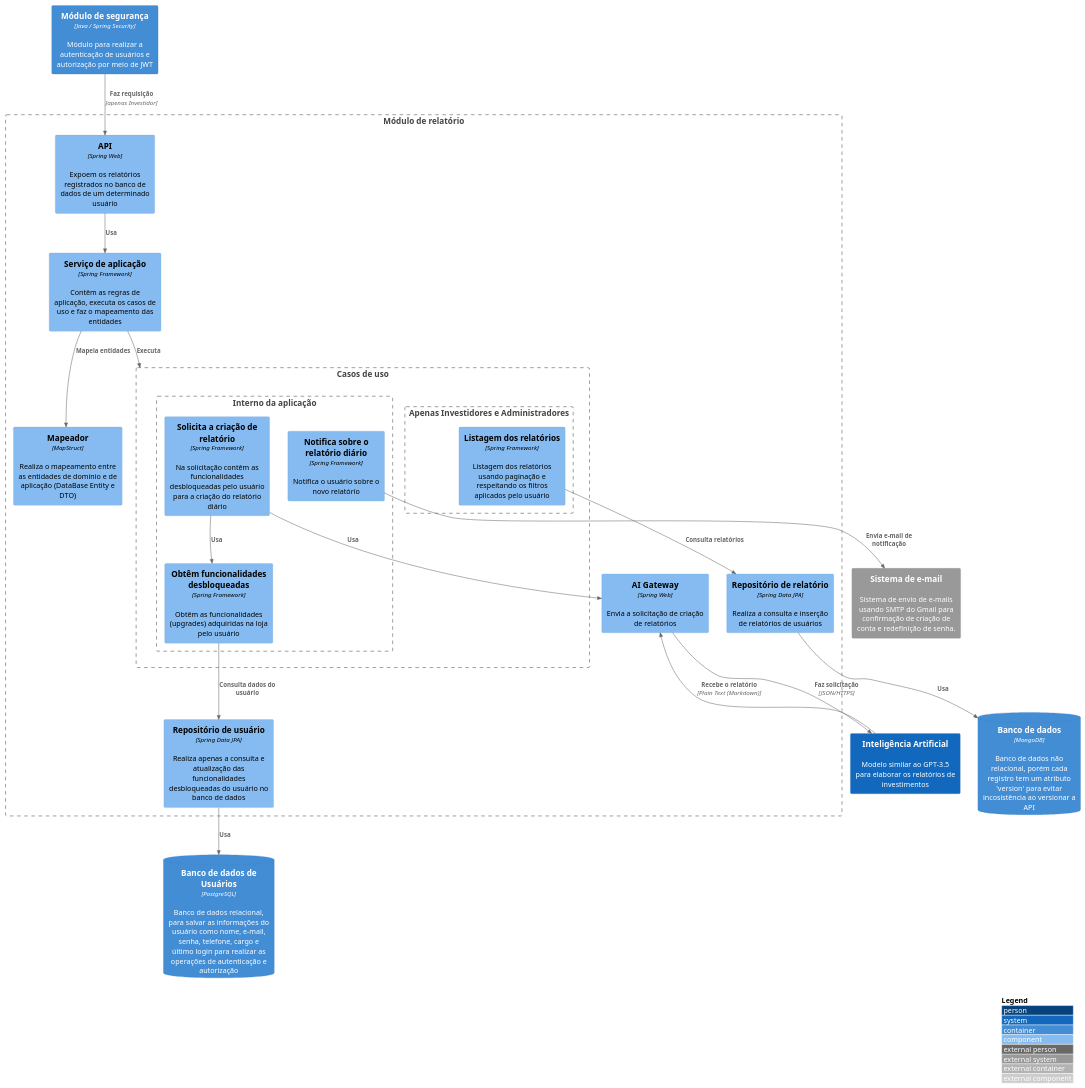
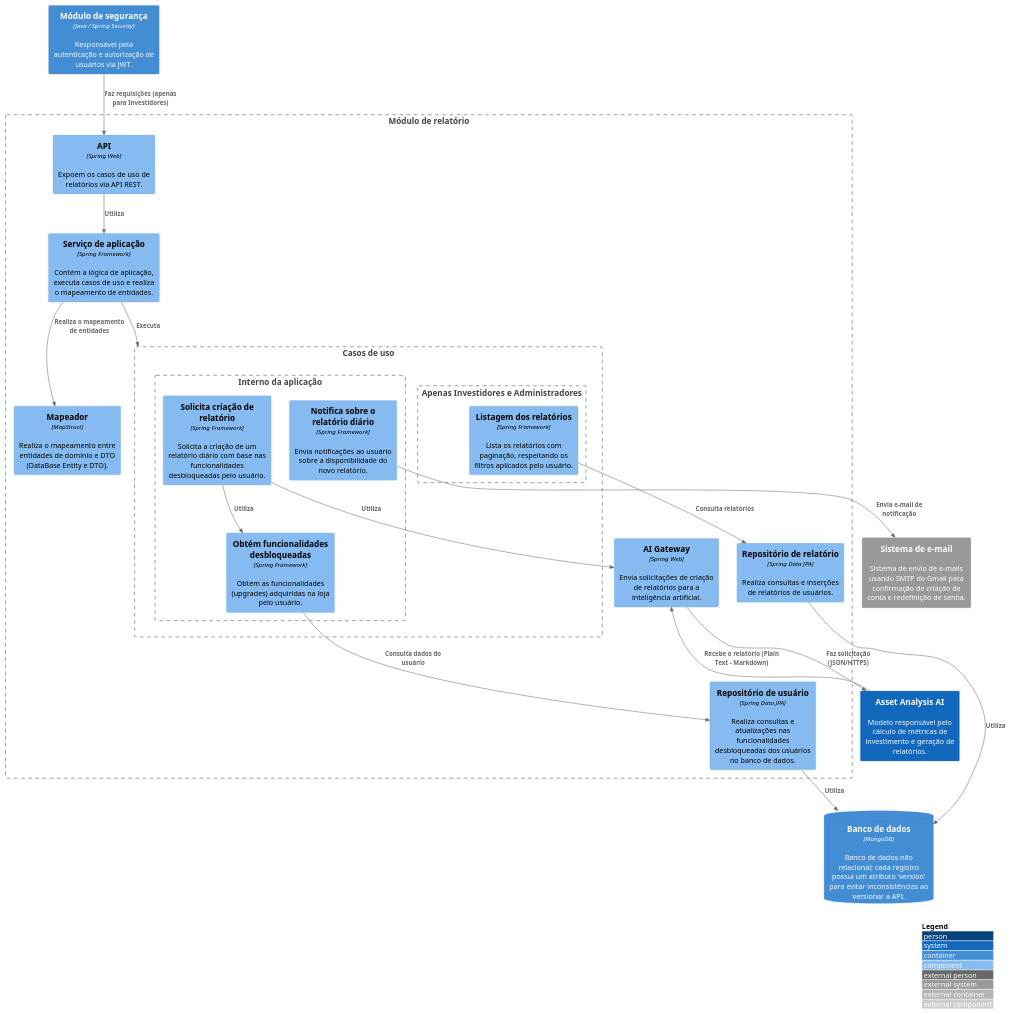
One commit to Open-3A/3A-c4-model changed the diagram in c3-components/back-end/report-module/report_module.puml. Above: the diagram before and after it, drawn with PlantUML.

Commit message:
refactor(c3): clarify diagram of report module

```diff
--- a/c3-components/back-end/report-module/report_module.puml
+++ b/c3-components/back-end/report-module/report_module.puml
@@ -1,50 +1,49 @@
 @startuml Report Module
 
 !include https://raw.githubusercontent.com/adrianvlupu/C4-PlantUML/latest/C4_Component.puml
 
 LAYOUT_WITH_LEGEND()
 
-System(ai, "Inteligência Artificial", "Modelo similar ao GPT-3.5 para elaborar os relatórios de investimentos")
+System(ai, "Asset Analysis AI", "Modelo responsável pelo cálculo de métricas de investimento e geração de relatórios.")
 System_Ext(mail, "Sistema de e-mail", "Sistema de envio de e-mails usando SMTP do Gmail para confirmação de criação de conta e redefinição de senha.")
 
-Container(security_module, "Módulo de segurança", "Java / Spring Security", "Módulo para realizar a autenticação de usuários e autorização por meio de JWT")
+Container(security_module, "Módulo de segurança", "Java / Spring Security", "Responsável pela autenticação e autorização de usuários via JWT.")
 
 Boundary(report_module, "Módulo de relatório"){
-  Component(report_api, "API", "Spring Web", "Expoem os relatórios registrados no banco de dados de um determinado usuário")
-  Component(report_service, "Serviço de aplicação", "Spring Framework", "Contêm as regras de aplicação, executa os casos de uso e faz o mapeamento das entidades")
-  Component(report_mapper, "Mapeador", "MapStruct", "Realiza o mapeamento entre as entidades de domínio e de aplicação (DataBase Entity e DTO)")
-  Component(report_gateway, "AI Gateway", "Spring Web", "Envia a solicitação de criação de relatórios")
+  Component(report_api, "API", "Spring Web", "Expoem os casos de uso de relatórios via API REST.")
+  Component(report_service, "Serviço de aplicação", "Spring Framework", "Contém a lógica de aplicação, executa casos de uso e realiza o mapeamento de entidades.")
+  Component(report_mapper, "Mapeador", "MapStruct", "Realiza o mapeamento entre entidades de domínio e DTO (DataBase Entity e DTO).")
+  Component(report_gateway, "AI Gateway", "Spring Web", "Envia solicitações de criação de relatórios para a inteligência artificial.")
 
   Boundary(report_use_cases, "Casos de uso"){
     Boundary(internal, "Interno da aplicação"){
-      Component(request_report_creation_use_case, "Solicita a criação de relatório", "Spring Framework", "Na solicitação contêm as funcionalidades desbloqueadas pelo usuário para a criação do relatório diário")
-      Component(notify_daily_report, "Notifica sobre o relatório diário", "Spring Framework", "Notifica o usuário sobre o novo relatório")
-      Component(get_unlocked_features_use_case, "Obtêm funcionalidades desbloqueadas", "Spring Framework", "Obtêm as funcionalidades (upgrades) adquiridas na loja pelo usuário")
+      Component(request_report_creation_use_case, "Solicita criação de relatório", "Spring Framework", "Solicita a criação de um relatório diário com base nas funcionalidades desbloqueadas pelo usuário.")
+      Component(notify_daily_report, "Notifica sobre o relatório diário", "Spring Framework", "Envia notificações ao usuário sobre a disponibilidade do novo relatório.")
+      Component(get_unlocked_features_use_case, "Obtém funcionalidades desbloqueadas", "Spring Framework", "Obtém as funcionalidades (upgrades) adquiridas na loja pelo usuário.")
     }
     Boundary(only_admin_investor, "Apenas Investidores e Administradores"){
-      Component(list_reports_use_case, "Listagem dos relatórios", "Spring Framework", "Listagem dos relatórios usando paginação e respeitando os filtros aplicados pelo usuário")
+      Component(list_reports_use_case, "Listagem dos relatórios", "Spring Framework", "Lista os relatórios com paginação, respeitando os filtros aplicados pelo usuário.")
     }
   }
 
-  Component(report_repository, "Repositório de relatório", "Spring Data JPA", "Realiza a consulta e inserção de relatórios de usuários")
-  Component(user_repository, "Repositório de usuário", "Spring Data JPA", "Realiza apenas a consulta e atualização das funcionalidades desbloqueadas do usuário no banco de dados")
+  Component(report_repository, "Repositório de relatório", "Spring Data JPA", "Realiza consultas e inserções de relatórios de usuários.")
+  Component(user_repository, "Repositório de usuário", "Spring Data JPA", "Realiza consultas e atualizações nas funcionalidades desbloqueadas dos usuários no banco de dados.")
 }
 
-ContainerDb(db, "Banco de dados", "MongoDB", "Banco de dados não relacional, porém cada registro tem um atributo 'version' para evitar incosistência ao versionar a API")
-ContainerDb(user_db, "Banco de dados de Usuários", "PostgreSQL", "Banco de dados relacional, para salvar as informações do usuário como nome, e-mail, senha, telefone, cargo e último login para realizar as operações de autenticação e autorização")
+ContainerDb(db, "Banco de dados", "MongoDB", "Banco de dados não relacional; cada registro possui um atributo 'version' para evitar inconsistências ao versionar a API.")
 
-Rel(security_module, report_api, "Faz requisição", "apenas Investidor")
-Rel(report_api, report_service, "Usa")
+Rel(security_module, report_api, "Faz requisições (apenas para Investidores)")
+Rel(report_api, report_service, "Utiliza")
 Rel(report_service, report_use_cases, "Executa")
-Rel(report_service, report_mapper, "Mapeia entidades")
-Rel(request_report_creation_use_case, report_gateway, "Usa")
-Rel(report_gateway, ai, "Faz solicitação", "JSON/HTTPS")
-Rel(ai, report_gateway, "Recebe o relatório", "Plain Text (Markdown)")
-Rel(report_repository, db, "Usa")
-Rel(request_report_creation_use_case, get_unlocked_features_use_case, "Usa")
+Rel(report_service, report_mapper, "Realiza o mapeamento de entidades")
+Rel(request_report_creation_use_case, report_gateway, "Utiliza")
+Rel(report_gateway, ai, "Faz solicitação (JSON/HTTPS)")
+Rel(ai, report_gateway, "Recebe o relatório (Plain Text - Markdown)")
+Rel(report_repository, db, "Utiliza")
+Rel(request_report_creation_use_case, get_unlocked_features_use_case, "Utiliza")
 Rel(get_unlocked_features_use_case, user_repository, "Consulta dados do usuário")
-Rel(user_repository, user_db, "Usa")
+Rel(user_repository, db, "Utiliza")
 Rel(notify_daily_report, mail, "Envia e-mail de notificação")
 Rel(list_reports_use_case, report_repository, "Consulta relatórios")
 
 @enduml
```
